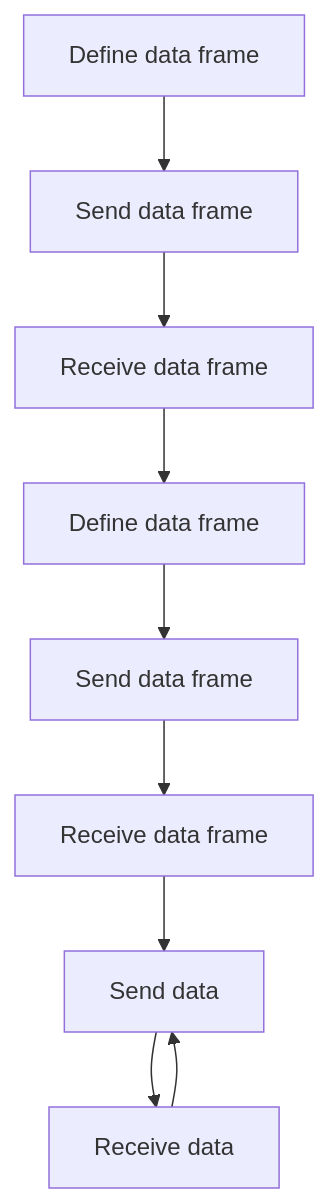
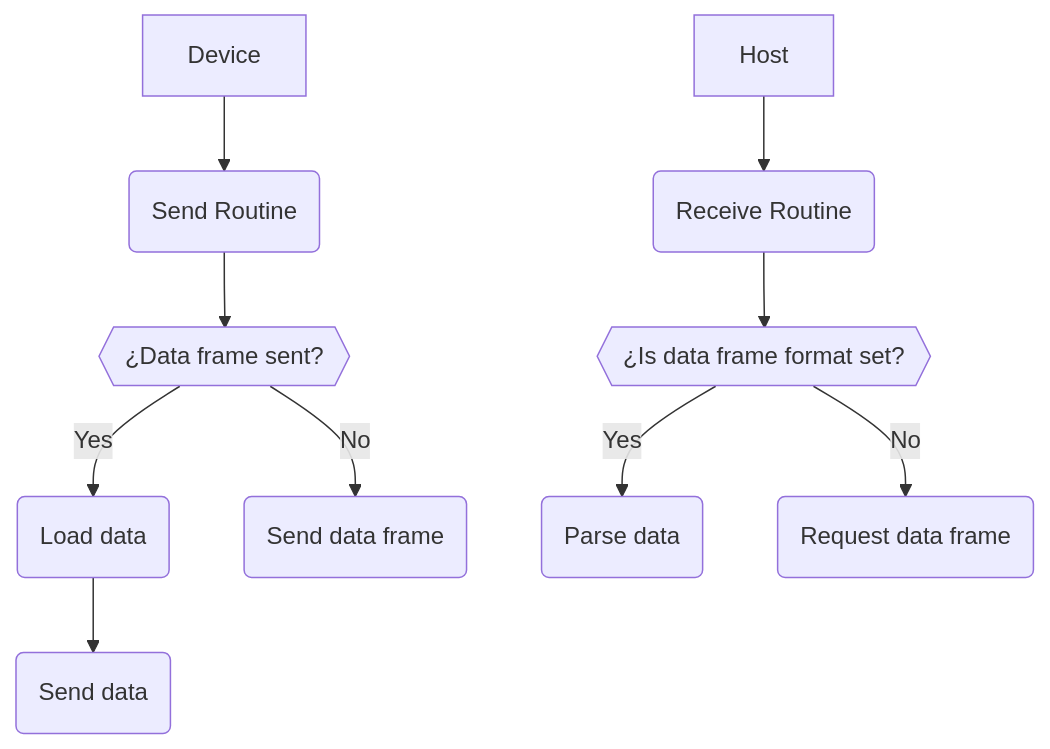
One commit to Rafdal/lib-serial-data-exchange changed the second of 2 diagrams in README.md. Above: the diagram before and after it, drawn with Mermaid. The commit also changed other lines of this file, not shown here.

````diff
--- a/README.md
+++ b/README.md
@@ -11,11 +26,13 @@
 ```mermaid
-flowchart TB
-    A[Define data frame] --> B[Send data frame]
-    B --> C[Receive data frame]
-    C --> D[Define data frame]
-    D --> E[Send data frame]
-    E --> F[Receive data frame]
-    F --> G[Send data]
-    G --> H[Receive data]
-    H --> G
+flowchart TD
+    A0[Device] --> A1(Send Routine) 
+    A1 --> B{{¿Data frame sent?}}
+    B --> |Yes| C(Load data)
+    C --> D(Send data)
+    B --> |No| G(Send data frame)
+
+    H0[Host] --> H1(Receive Routine)
+    H1 --> I{{¿Is data frame format set?}}
+    I --> |Yes| J(Parse data)
+    I --> |No| L(Request data frame)
 ```
````
